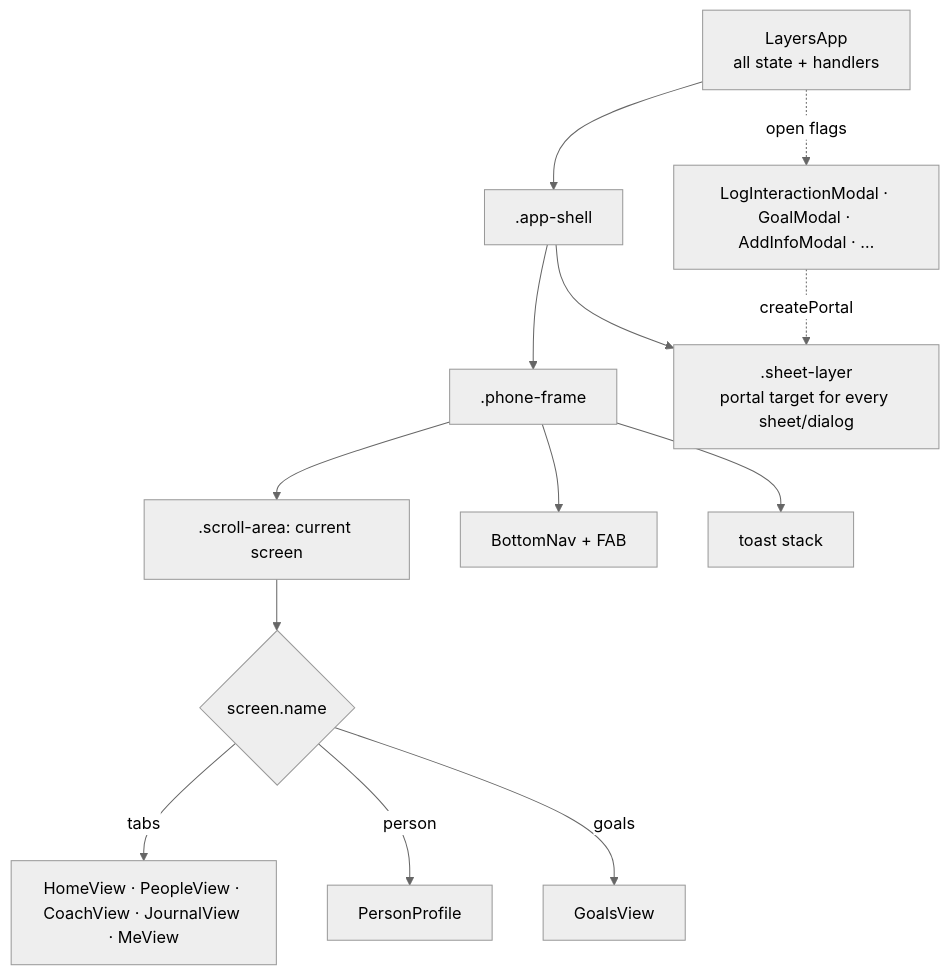
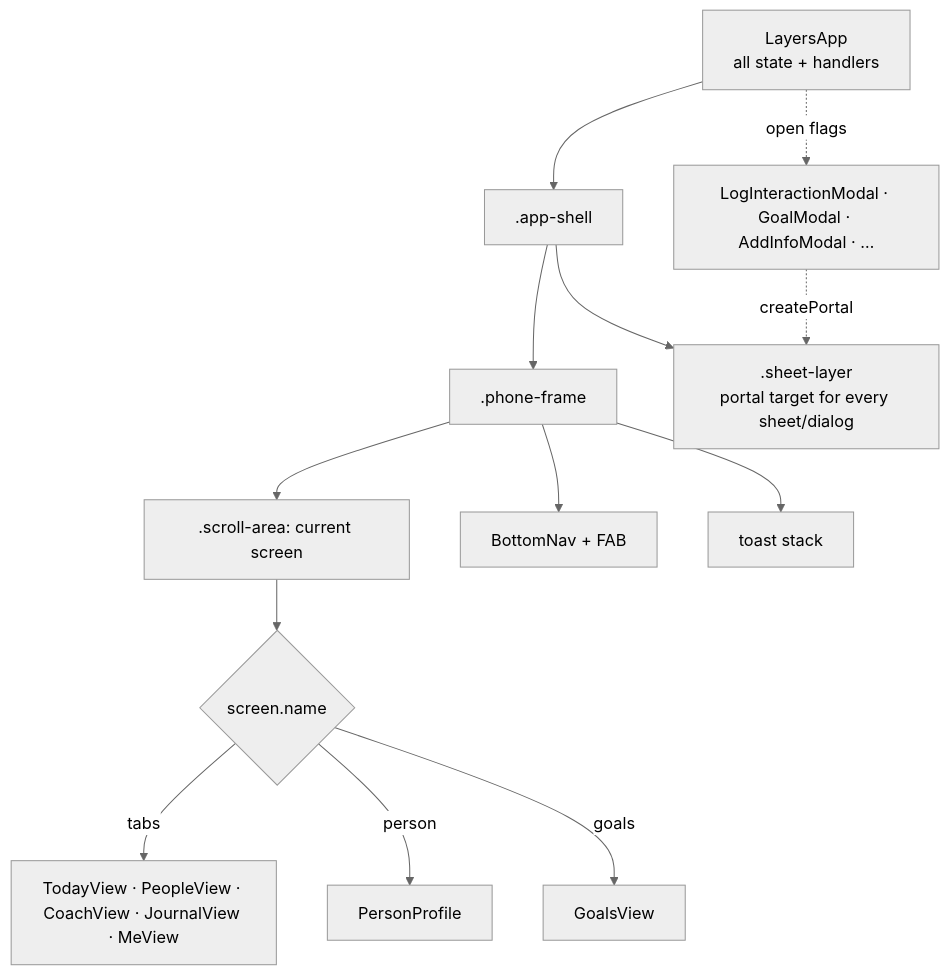
One commit to CastledRuby/layers-app changed the third of 3 diagrams in docs/architecture.md. Above: the diagram before and after it, drawn with Mermaid (neutral theme). The commit also changed other lines of this file and 41 other files, not shown here.

````diff
--- a/docs/architecture.md
+++ b/docs/architecture.md
@@ -123,15 +124,15 @@
 ```mermaid
 flowchart TD
   LA[LayersApp<br/>all state + handlers] --> SH[.app-shell]
   SH --> PF[.phone-frame]
   SH --> SL[.sheet-layer<br/>portal target for every sheet/dialog]
   PF --> SA[.scroll-area: current screen]
   PF --> NAV[BottomNav + FAB]
   PF --> TO[toast stack]
   SA --> TABS{screen.name}
-  TABS -->|tabs| T5[HomeView · PeopleView · CoachView · JournalView · MeView]
+  TABS -->|tabs| T5[TodayView · PeopleView · CoachView · JournalView · MeView]
   TABS -->|person| PP[PersonProfile]
   TABS -->|goals| GV[GoalsView]
   LA -. open flags .-> MODALS[LogInteractionModal · GoalModal · AddInfoModal · …]
   MODALS -. createPortal .-> SL
 ```
````
